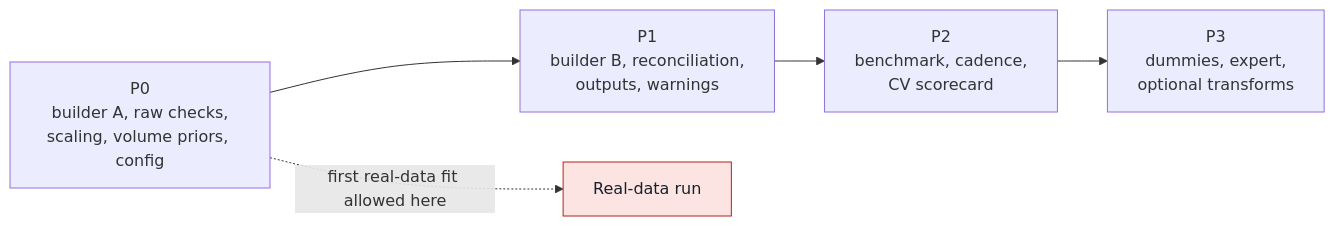
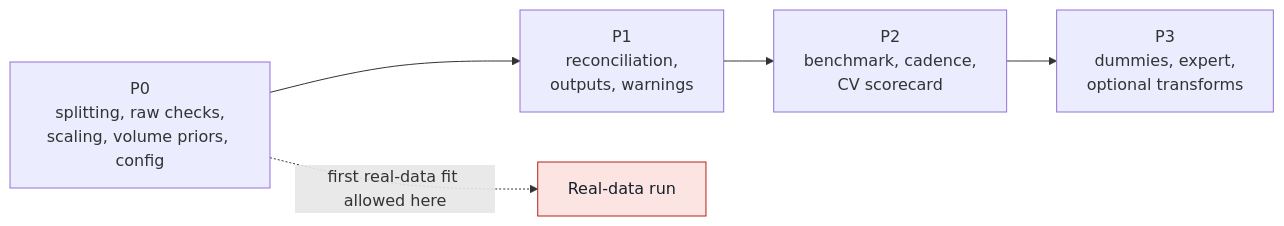
One commit to Ikshvaku24/mmm changed the third of 8 diagrams in codebase2_full_mmm/docs/PHASE2_ARCHITECTURE.md. Above: the diagram before and after it, drawn with Mermaid. The commit also changed other lines of this file and 5 other files, not shown here.

````diff
--- a/codebase2_full_mmm/docs/PHASE2_ARCHITECTURE.md
+++ b/codebase2_full_mmm/docs/PHASE2_ARCHITECTURE.md
@@ -396,9 +397,9 @@
 ```mermaid
 flowchart LR
-    P0["P0<br/>builder A, raw checks,<br/>scaling, volume priors, config"] --> P1["P1<br/>builder B, reconciliation,<br/>outputs, warnings"]
+    P0["P0<br/>splitting, raw checks,<br/>scaling, volume priors, config"] --> P1["P1<br/>reconciliation,<br/>outputs, warnings"]
     P1 --> P2["P2<br/>benchmark, cadence,<br/>CV scorecard"]
     P2 --> P3["P3<br/>dummies, expert,<br/>optional transforms"]
     P0 -.->|first real-data fit allowed here| RUN["Real-data run"]
     classDef gate fill:#FBE4E1,stroke:#B42318,color:#16202B
     class RUN gate
 ```
````
